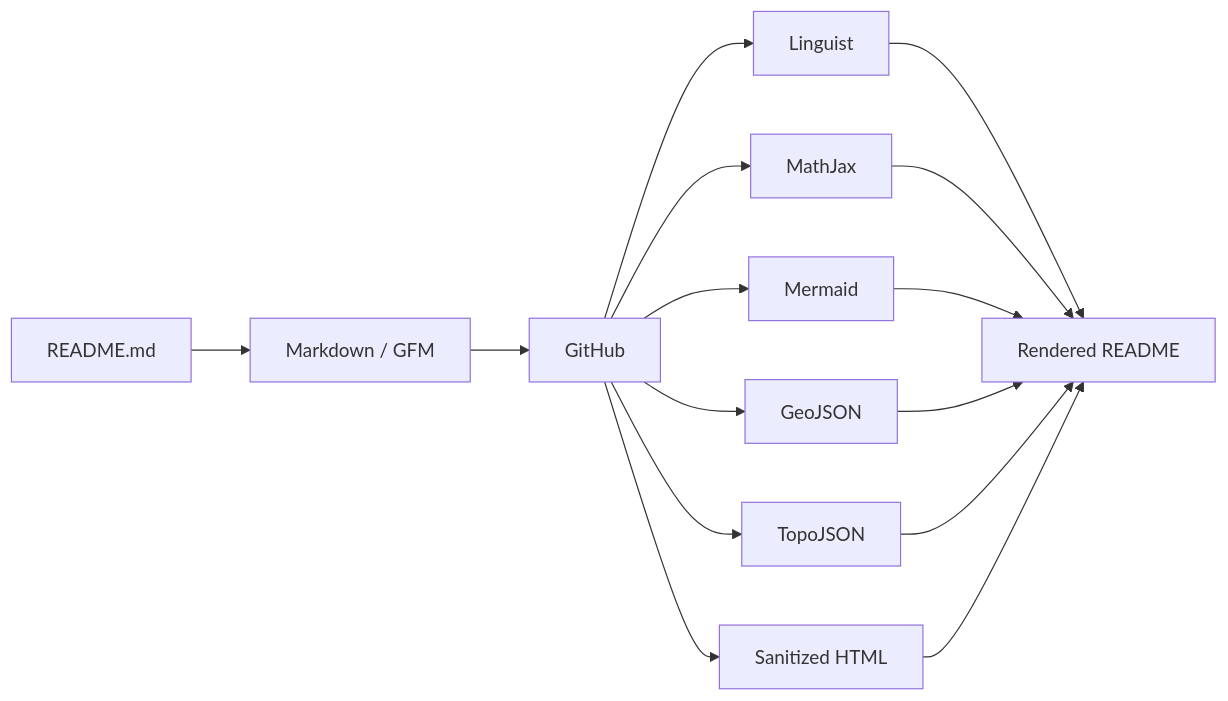
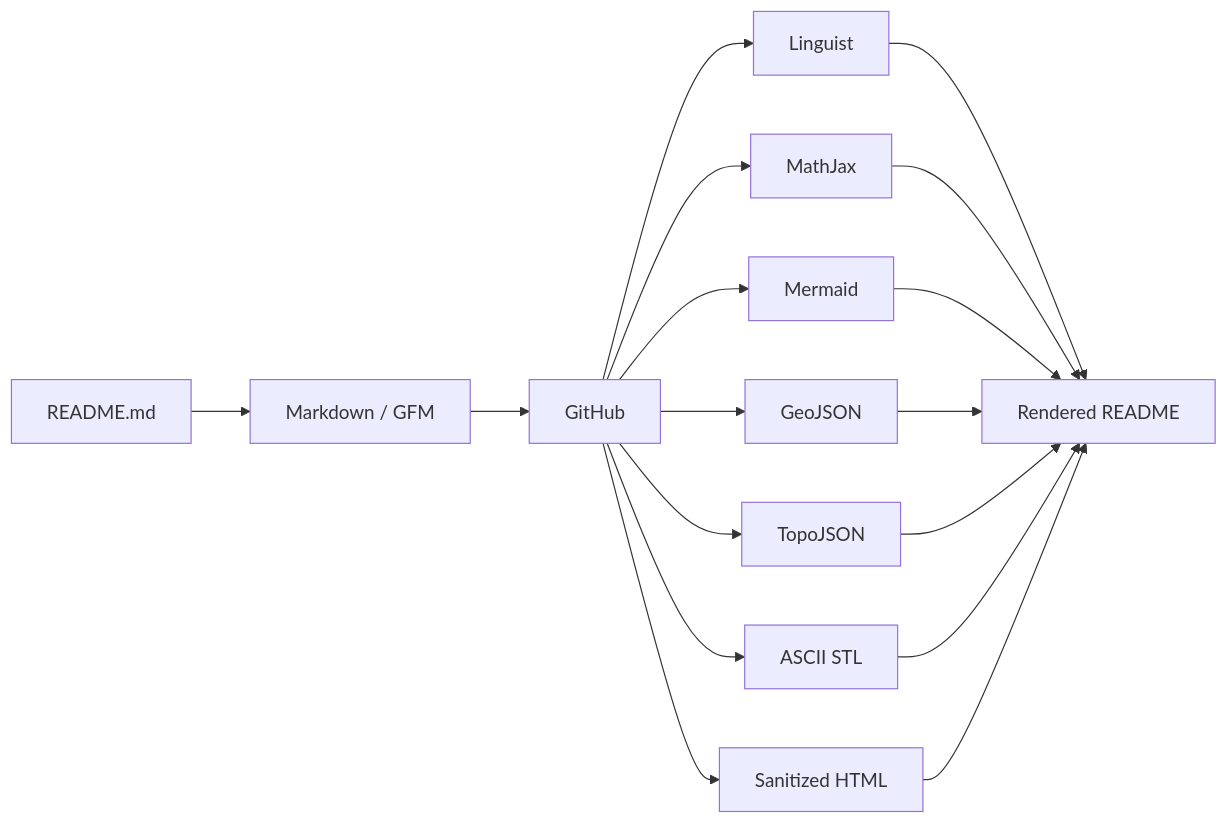
One commit to thiepn/markdown changed the first of 8 diagrams in README.md. Above: the diagram before and after it, drawn with Mermaid. The commit also changed other lines of this file, not shown here.

Commit message:
M12: build interactive ASCII STL and 3D showcase

````diff
--- a/README.md
+++ b/README.md
@@ -83,17 +85,19 @@
 ```mermaid
 flowchart LR
     A[README.md] --> B[Markdown / GFM]
     B --> GH[GitHub]
     GH --> L[Linguist]
     GH --> MJ[MathJax]
     GH --> MM[Mermaid]
     GH --> GJ[GeoJSON]
     GH --> TJ[TopoJSON]
+    GH --> STL[ASCII STL]
     GH --> H[Sanitized HTML]
     L --> OUT[Rendered README]
     MJ --> OUT
     MM --> OUT
     GJ --> OUT
     TJ --> OUT
+    STL --> OUT
     H --> OUT
 ```
````
